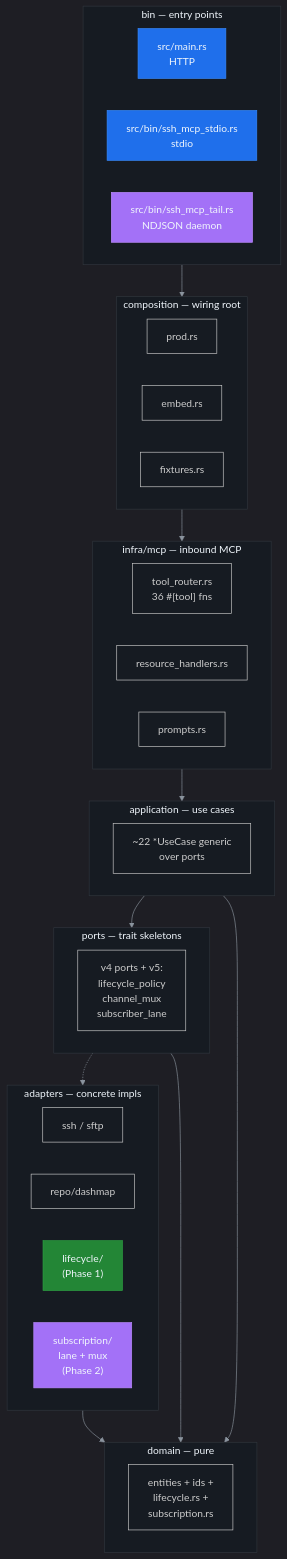
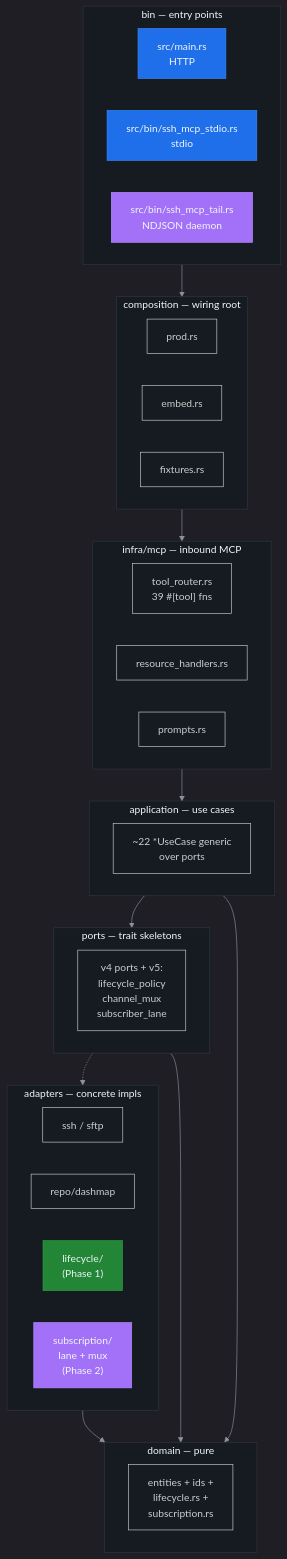
Before and after one commit to farchanjo/ssh-mcp: the first of 3 diagrams in CLAUDE.md, drawn with Mermaid. The commit also changed other lines of this file, not shown here.

````diff
--- a/CLAUDE.md
+++ b/CLAUDE.md
@@ -28,56 +28,56 @@
 ```mermaid
 %%{init: {'theme':'dark','themeVariables':{'primaryColor':'#1f6feb','primaryTextColor':'#f0f6fc','primaryBorderColor':'#388bfd','lineColor':'#8b949e','secondaryColor':'#161b22','tertiaryColor':'#21262d','background':'#0d1117','mainBkg':'#161b22','secondBkg':'#21262d','tertiaryBkg':'#0d1117','nodeTextColor':'#f0f6fc','edgeLabelBackground':'#21262d','clusterBkg':'#161b22','clusterBorder':'#30363d','titleColor':'#f0f6fc'}}}%%
 flowchart TB
     subgraph BIN["bin — entry points"]
         HTTP["src/main.rs<br/>HTTP"]
         STDIO["src/bin/ssh_mcp_stdio.rs<br/>stdio"]
         TAIL["src/bin/ssh_mcp_tail.rs<br/>NDJSON daemon"]
     end
     subgraph COMP["composition — wiring root"]
         PROD["prod.rs"]
         EMBED["embed.rs"]
         FIX["fixtures.rs"]
     end
     subgraph INFRA["infra/mcp — inbound MCP"]
-        TR["tool_router.rs<br/>36 #[tool] fns"]
+        TR["tool_router.rs<br/>39 #[tool] fns"]
         RES["resource_handlers.rs"]
         PROMPTS["prompts.rs"]
     end
     subgraph APP["application — use cases"]
         UC["~22 *UseCase generic<br/>over ports"]
     end
     subgraph PORTS["ports — trait skeletons"]
         VPORTS["v4 ports + v5:<br/>lifecycle_policy<br/>channel_mux<br/>subscriber_lane"]
     end
     subgraph ADAPT["adapters — concrete impls"]
         RUSSH["ssh / sftp"]
         REPO["repo/dashmap"]
         LIFE["lifecycle/<br/>(Phase 1)"]
         SUBLANE["subscription/<br/>lane + mux<br/>(Phase 2)"]
     end
     subgraph DOMAIN["domain — pure"]
         ENT["entities + ids +<br/>lifecycle.rs +<br/>subscription.rs"]
     end
 
     BIN --> COMP
     COMP --> INFRA
     INFRA --> APP
     APP --> PORTS
     PORTS -.-> ADAPT
     ADAPT --> DOMAIN
     APP --> DOMAIN
     PORTS --> DOMAIN
 
     style BIN fill:#161b22,color:#f0f6fc,stroke:#30363d
     style COMP fill:#161b22,color:#f0f6fc,stroke:#30363d
     style INFRA fill:#161b22,color:#f0f6fc,stroke:#30363d
     style APP fill:#161b22,color:#f0f6fc,stroke:#30363d
     style PORTS fill:#161b22,color:#f0f6fc,stroke:#30363d
     style ADAPT fill:#161b22,color:#f0f6fc,stroke:#30363d
     style DOMAIN fill:#161b22,color:#f0f6fc,stroke:#30363d
     style HTTP fill:#1f6feb,color:#f0f6fc,stroke:#388bfd
     style STDIO fill:#1f6feb,color:#f0f6fc,stroke:#388bfd
     style TAIL fill:#a371f7,color:#f0f6fc,stroke:#bc8cff
     style LIFE fill:#238636,color:#f0f6fc,stroke:#2ea043
     style SUBLANE fill:#a371f7,color:#f0f6fc,stroke:#bc8cff
 ```
````
